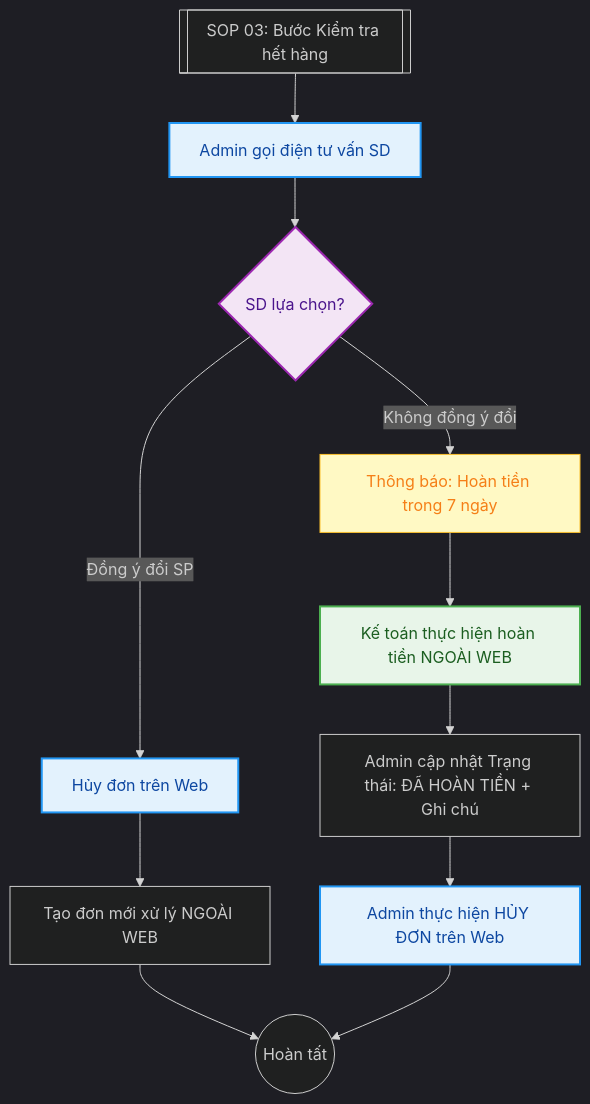
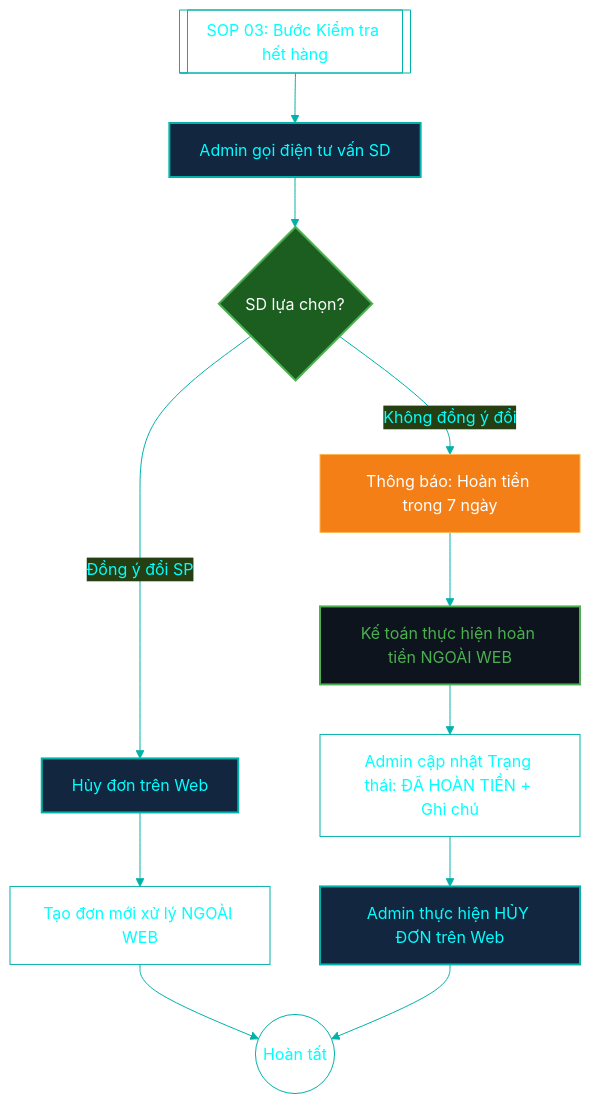
One commit to babaduoc/digitalgarden changed the diagram in src/site/notes/01_TONG_QUAN_LY_DU_AN/2_PHONG_VAN_HANH/SOP_3_Huy_Don_Het_Hang.md. Above: the diagram before and after it, drawn with Mermaid.

Commit message:
Published multiple files

````diff
--- a/src/site/notes/01_TONG_QUAN_LY_DU_AN/2_PHONG_VAN_HANH/SOP_3_Huy_Don_Het_Hang.md
+++ b/src/site/notes/01_TONG_QUAN_LY_DU_AN/2_PHONG_VAN_HANH/SOP_3_Huy_Don_Het_Hang.md
@@ -22,31 +22,31 @@
 ```mermaid
-%%{init: {'theme': 'dark', 'themeVariables': { 'background': 'transparent'}}}%%
+%%{init: {"theme": "base", "themeVariables": {"background": "transparent", "mainBkg": "transparent", "primaryColor": "#12263f", "primaryTextColor": "#00ffff", "primaryBorderColor": "#00b2a9", "lineColor": "#00b2a9"}}}%%
 graph TD
-    %% Định nghĩa bảng màu Tương phản cao %%
-    classDef admin fill:#E3F2FD,stroke:#2196F3,stroke-width:2px,color:#0D47A1;
-    classDef acc fill:#E8F5E9,stroke:#4CAF50,stroke-width:2px,color:#1B5E20;
-    classDef sd fill:#F3E5F5,stroke:#9C27B0,stroke-width:2px,color:#4A148C;
-    classDef highlight fill:#FFF9C4,stroke:#FBC02D,stroke-width:1px,color:#F57F17;
+    %% Định nghĩa bảng màu Tông Xanh SM (GSM Style) %%
+    classDef admin fill:#12263f,stroke:#00b2a9,stroke-width:2px,color:#00ffff;
+    classDef acc fill:#0d141e,stroke:#4CAF50,stroke-width:2px,color:#4CAF50;
+    classDef sd fill:#1b5e20,stroke:#4caf50,stroke-width:2px,color:#ffffff;
+    classDef highlight fill:#f57f17,stroke:#ffb74d,stroke-width:1px,color:#ffffff;
 
     Start[[SOP 03: Bước Kiểm tra hết hàng]] --> Admin_Call[Admin gọi điện tư vấn SD]
     click Start "/01-tong-quan-ly-du-an/2-phong-van-hanh/sop-2-xu-ly-don-hang-chuan/"
     
     Admin_Call --> SD_Choice{SD lựa chọn?}
     
     %% Nhánh 1: Đổi sản phẩm %%
     SD_Choice -- "Đồng ý đổi SP" --> Web_Cancel_1[Hủy đơn trên Web]
     Web_Cancel_1 --> Offline_Order[Tạo đơn mới xử lý NGOÀI WEB]
     Offline_Order --> End((Hoàn tất))
 
     %% Nhánh 2: Hủy đơn & Hoàn tiền %%
     SD_Choice -- "Không đồng ý đổi" --> Inform_Refund[Thông báo: Hoàn tiền trong 7 ngày]
     Inform_Refund --> Acc_Process[Kế toán thực hiện hoàn tiền NGOÀI WEB]
     Acc_Process --> Admin_Web_Update[Admin cập nhật Trạng thái: ĐÃ HOÀN TIỀN + Ghi chú]
     Admin_Web_Update --> Web_Cancel_2[Admin thực hiện HỦY ĐƠN trên Web]
     Web_Cancel_2 --> End
 
     class Admin_Call,Web_Cancel_1,Web_Cancel_2 admin;
     class Acc_Process acc;
     class SD_Choice sd;
     class Inform_Refund highlight;
 ```
````
